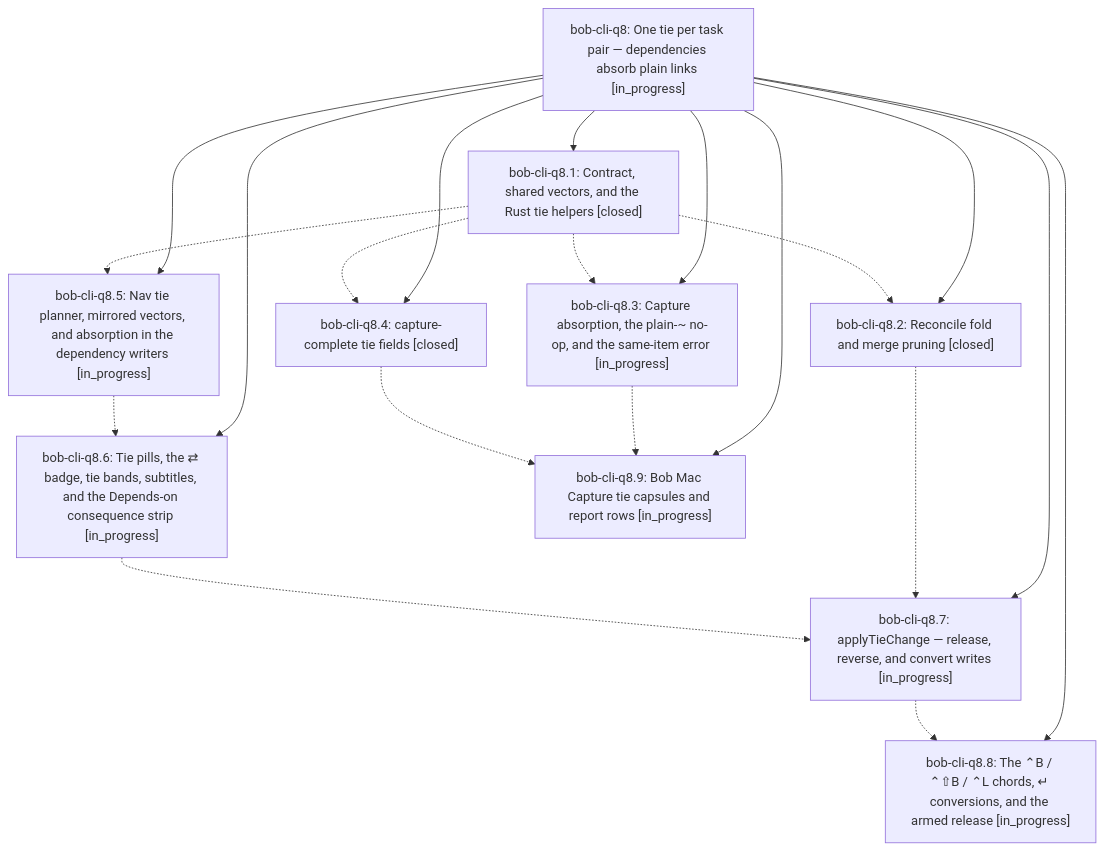
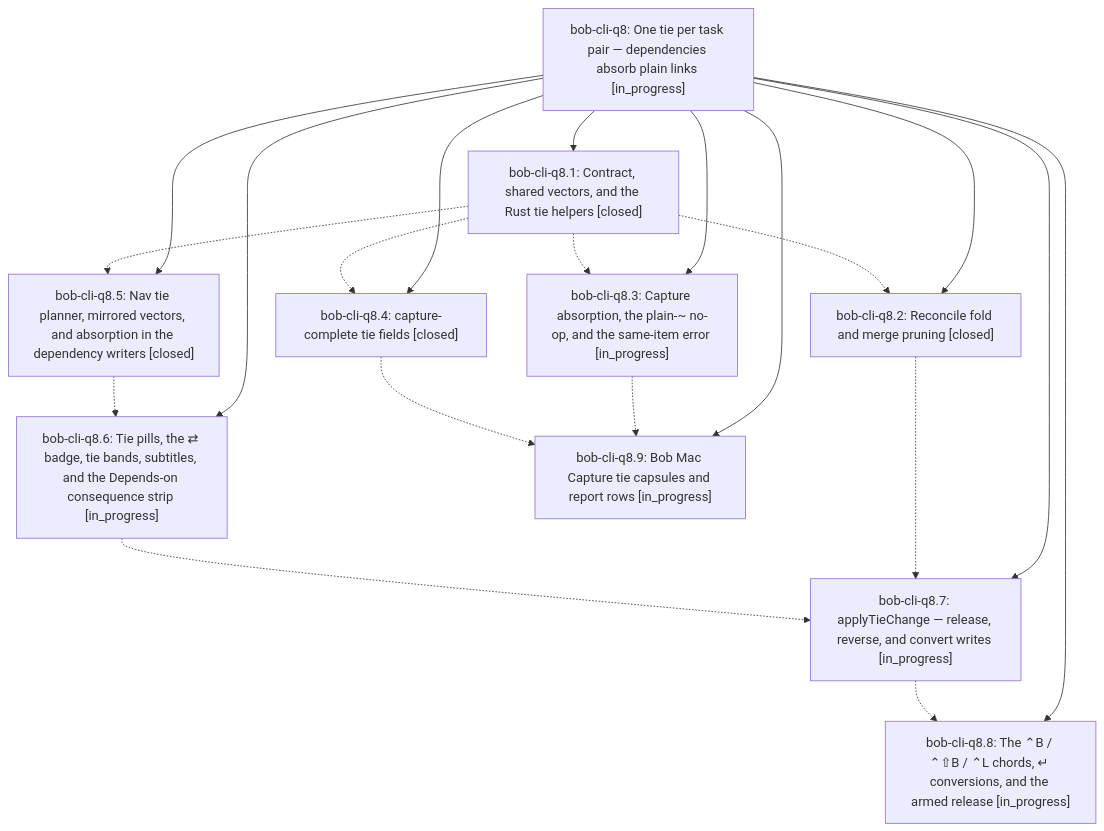
The diagram in pages/bob-cli-q8/README.md (bobs-org/bob-cli--beads), drawn with Mermaid before and after one commit. The commit also changed other lines of this file and 6 other files, not shown here.

First line of the commit message:
chore(beads): sync bead state and pages for bob-cli-q8

````diff
--- a/pages/bob-cli-q8/README.md
+++ b/pages/bob-cli-q8/README.md
@@ -44,32 +44,32 @@
 ```mermaid
 flowchart TD
     n0["bob-cli-q8: One tie per task pair — dependencies absorb plain links [in_progress]"]
     n1["bob-cli-q8.1: Contract, shared vectors, and the Rust tie helpers [closed]"]
     n2["bob-cli-q8.2: Reconcile fold and merge pruning [closed]"]
     n3["bob-cli-q8.3: Capture absorption, the plain-~ no-op, and the same-item error [in_progress]"]
     n4["bob-cli-q8.4: capture-complete tie fields [closed]"]
-    n5["bob-cli-q8.5: Nav tie planner, mirrored vectors, and absorption in the dependency writers [in_progress]"]
+    n5["bob-cli-q8.5: Nav tie planner, mirrored vectors, and absorption in the dependency writers [closed]"]
     n6["bob-cli-q8.6: Tie pills, the ⇄ badge, tie bands, subtitles, and the Depends-on consequence strip [in_progress]"]
     n7["bob-cli-q8.7: applyTieChange — release, reverse, and convert writes [in_progress]"]
     n8["bob-cli-q8.8: The ⌃B / ⌃⇧B / ⌃L chords, ↵ conversions, and the armed release [in_progress]"]
     n9["bob-cli-q8.9: Bob Mac Capture tie capsules and report rows [in_progress]"]
     n0 --> n1
     n0 --> n2
     n0 --> n3
     n0 --> n4
     n0 --> n5
     n0 --> n6
     n0 --> n7
     n0 --> n8
     n0 --> n9
     n1 -.-> n2
     n1 -.-> n3
     n1 -.-> n4
     n1 -.-> n5
     n2 -.-> n7
     n3 -.-> n9
     n4 -.-> n9
     n5 -.-> n6
     n6 -.-> n7
     n7 -.-> n8
 ```
````
